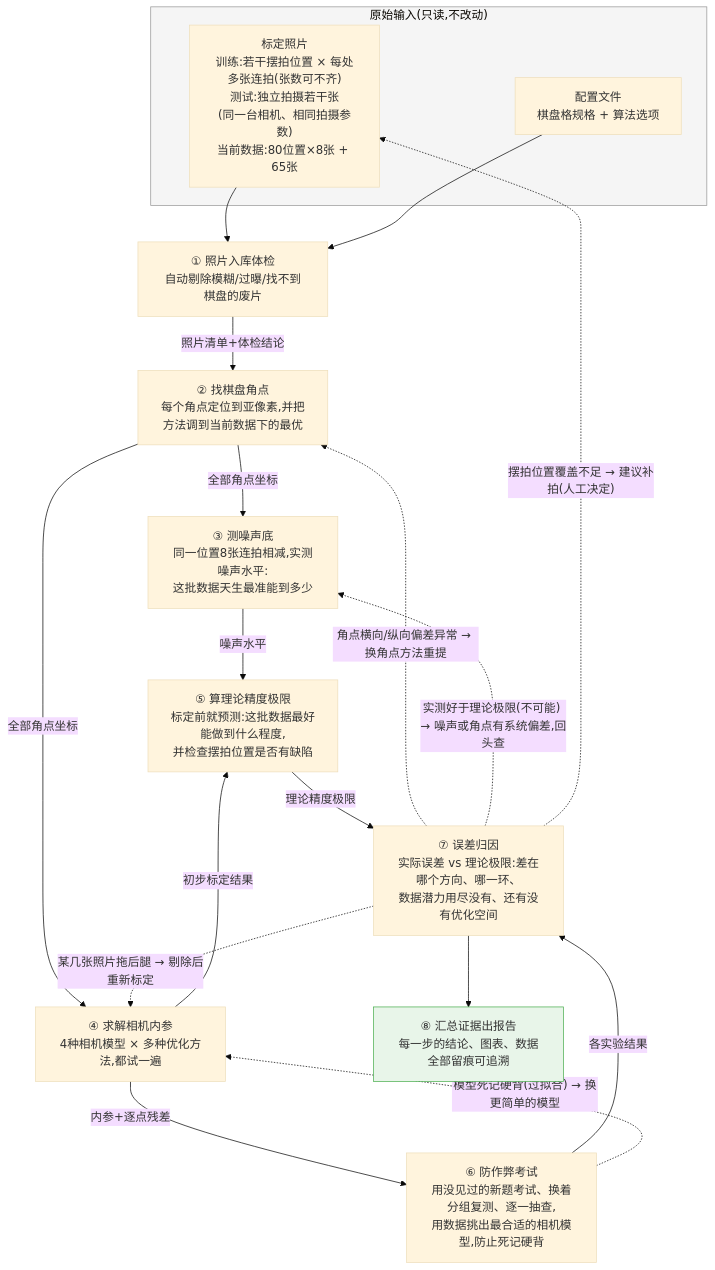
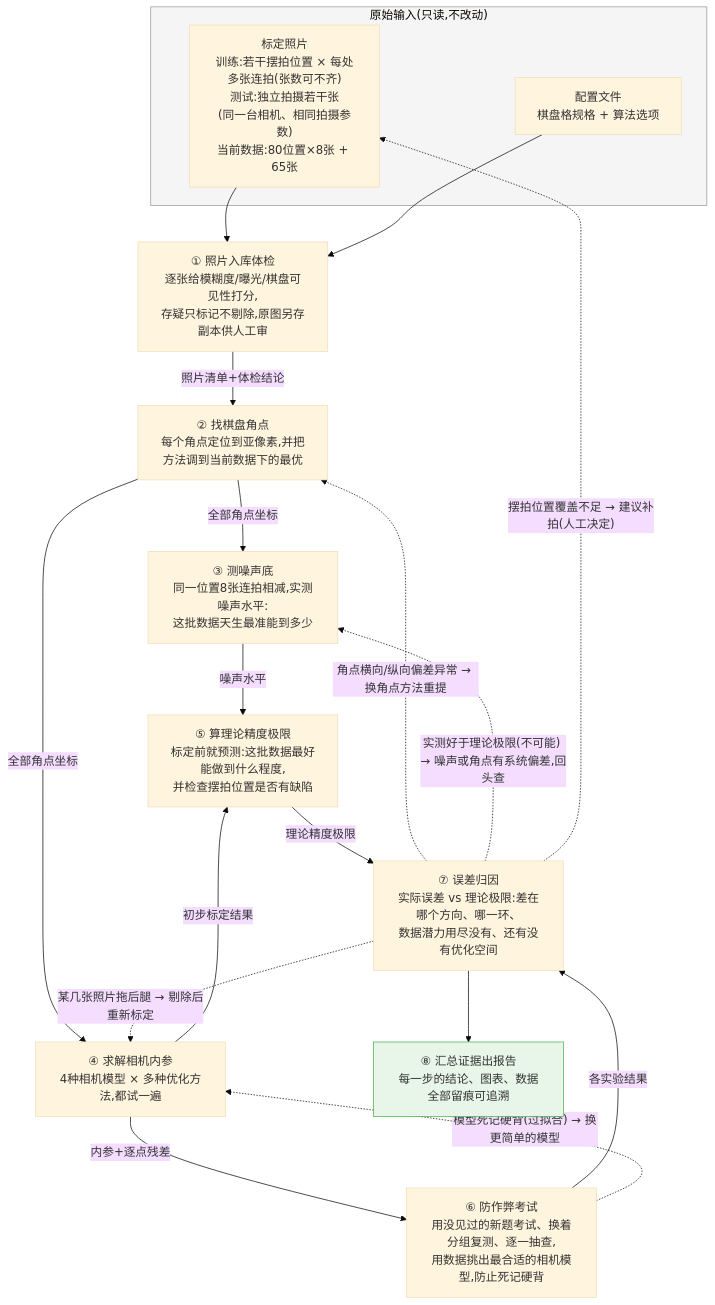
The diagram in docs/pipeline.md (bayueyaoshao/intrinsic-calibration), drawn with Mermaid (base theme) before and after one commit. The commit also changed other lines of this file and 1 other file, not shown here.

````diff
--- a/docs/pipeline.md
+++ b/docs/pipeline.md
@@ -8,37 +8,37 @@
 ```mermaid
 flowchart TD
     subgraph IN["原始输入(只读,不改动)"]
         DATA["标定照片<br/>训练:若干摆拍位置 × 每处多张连拍(张数可不齐)<br/>测试:独立拍摄若干张<br/>(同一台相机、相同拍摄参数)<br/>当前数据:80位置×8张 + 65张"]
         CFG["配置文件<br/>棋盘格规格 + 算法选项"]
     end
 
-    ING["① 照片入库体检<br/>自动剔除模糊/过曝/找不到棋盘的废片"]
+    ING["① 照片入库体检<br/>逐张给模糊度/曝光/棋盘可见性打分,<br/>存疑只标记不剔除,原图另存副本供人工审"]
     COR["② 找棋盘角点<br/>每个角点定位到亚像素,并把方法调到当前数据下的最优"]
     NOI["③ 测噪声底<br/>同一位置8张连拍相减,实测噪声水平:<br/>这批数据天生最准能到多少"]
     CAL["④ 求解相机内参<br/>4种相机模型 × 多种优化方法,都试一遍"]
     FSH["⑤ 算理论精度极限<br/>标定前就预测:这批数据最好能做到什么程度,<br/>并检查摆拍位置是否有缺陷"]
     EVA["⑥ 防作弊考试<br/>用没见过的新题考试、换着分组复测、逐一抽查,<br/>用数据挑出最合适的相机模型,防止死记硬背"]
     ANA["⑦ 误差归因<br/>实际误差 vs 理论极限:差在哪个方向、哪一环、<br/>数据潜力用尽没有、还有没有优化空间"]
     REP["⑧ 汇总证据出报告<br/>每一步的结论、图表、数据全部留痕可追溯"]
 
     DATA --> ING
     CFG --> ING
     ING -->|"照片清单+体检结论"| COR
     COR -->|"全部角点坐标"| NOI
     COR -->|"全部角点坐标"| CAL
     NOI -->|"噪声水平"| FSH
     CAL -->|"初步标定结果"| FSH
     FSH -->|"理论精度极限"| ANA
     CAL -->|"内参+逐点残差"| EVA
     EVA -->|"各实验结果"| ANA
     ANA --> REP
 
     ANA -. "某几张照片拖后腿 → 剔除后重新标定" .-> CAL
     ANA -. "角点横向/纵向偏差异常 → 换角点方法重提" .-> COR
     ANA -. "实测好于理论极限(不可能) → 噪声或角点有系统偏差,回头查" .-> NOI
     EVA -. "模型死记硬背(过拟合) → 换更简单的模型" .-> CAL
     ANA -. "摆拍位置覆盖不足 → 建议补拍(人工决定)" .-> DATA
 
     style IN fill:#f5f5f5,stroke:#999
     style REP fill:#e8f5e9,stroke:#4caf50
 ```
````
